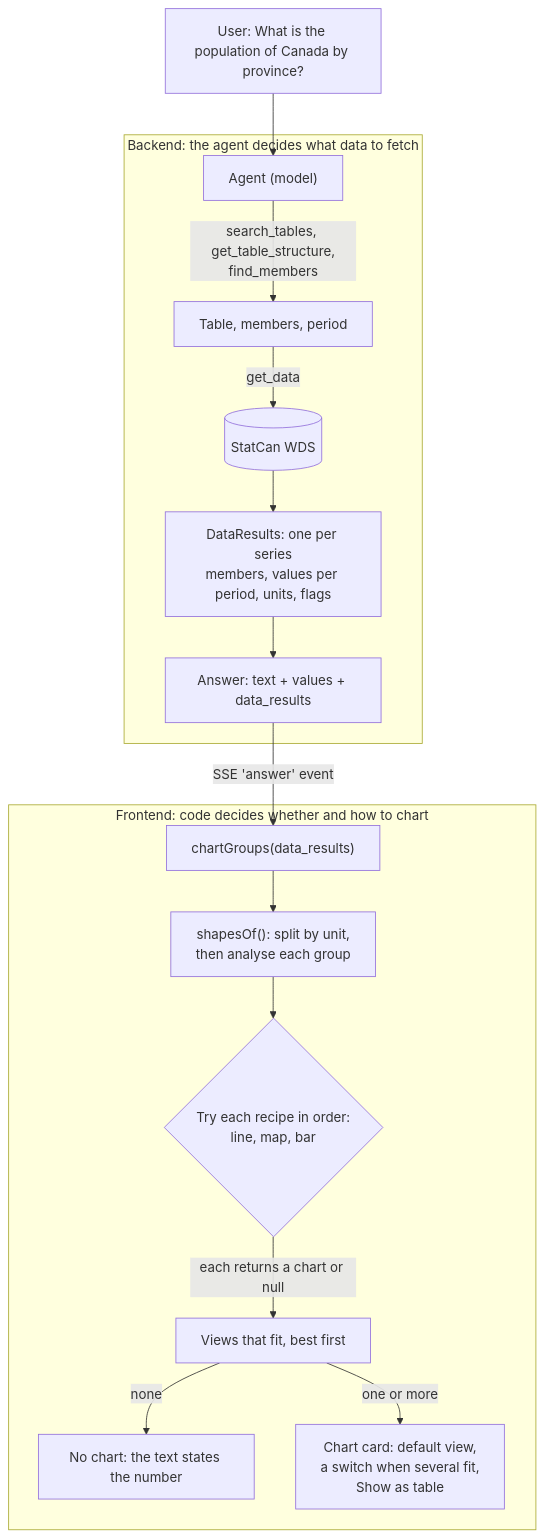
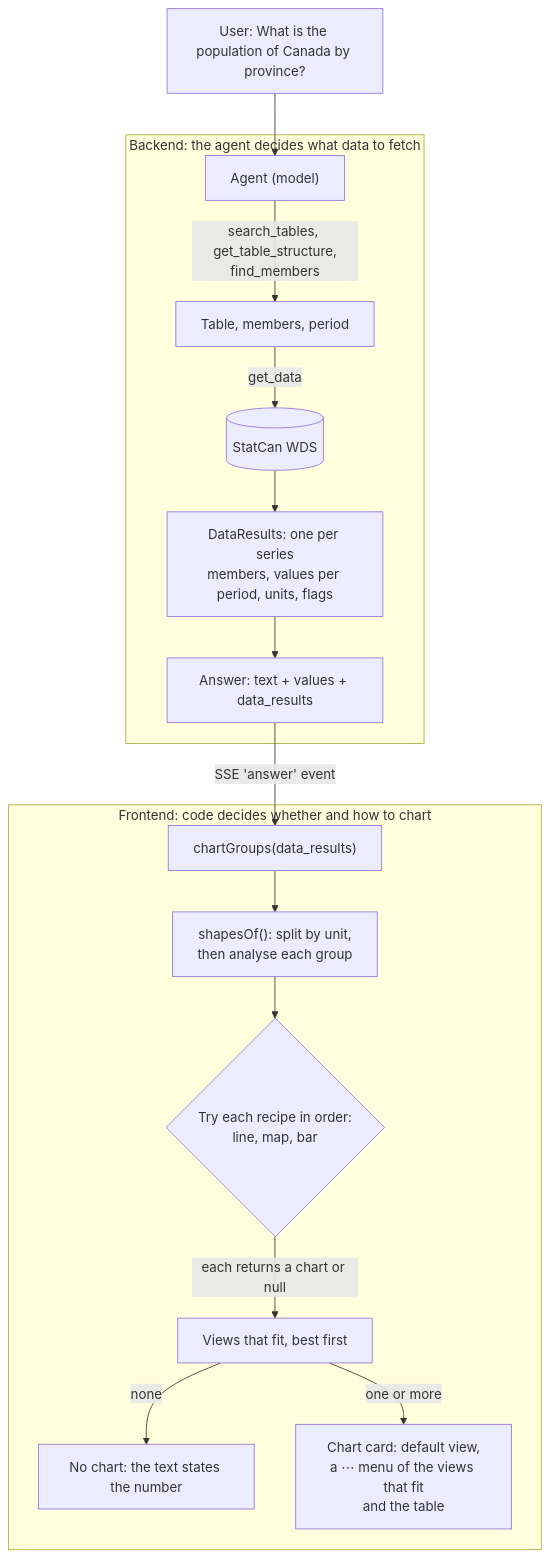
Before and after one commit to muadht/open-data-assistant: the first of 2 diagrams in docs/charts.md, drawn with Mermaid. The commit also changed other lines of this file and 3 other files, not shown here.

First line of the commit message:
Chart views and table in one ⋯ menu (#86)

````diff
--- a/docs/charts.md
+++ b/docs/charts.md
@@ -15,21 +15,21 @@
 ```mermaid
 flowchart TD
     Q["User: What is the population of Canada by province?"] --> AG
 
     subgraph Backend ["Backend: the agent decides what data to fetch"]
         AG["Agent (model)"] -->|"search_tables, get_table_structure,<br/>find_members"| PICK["Table, members, period"]
         PICK -->|get_data| WDS[("StatCan WDS")]
         WDS --> DR["DataResults: one per series<br/>members, values per period, units, flags"]
         DR --> ANS["Answer: text + values + data_results"]
     end
 
     ANS -->|"SSE 'answer' event"| CG
 
     subgraph Frontend ["Frontend: code decides whether and how to chart"]
         CG["chartGroups(data_results)"] --> SH["shapesOf(): split by unit,<br/>then analyse each group"]
         SH --> R{"Try each recipe in order:<br/>line, map, bar"}
         R -->|"each returns a chart or null"| V["Views that fit, best first"]
         V -->|none| NC["No chart: the text states the number"]
-        V -->|one or more| CARD["Chart card: default view,<br/>a switch when several fit,<br/>Show as table"]
+        V -->|one or more| CARD["Chart card: default view,<br/>a ⋯ menu of the views that fit<br/>and the table"]
     end
 ```
````
